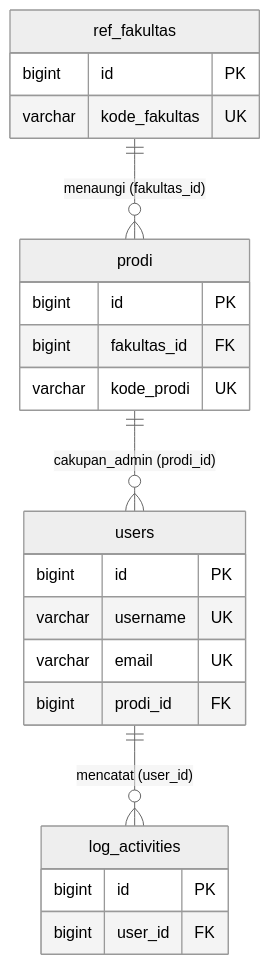
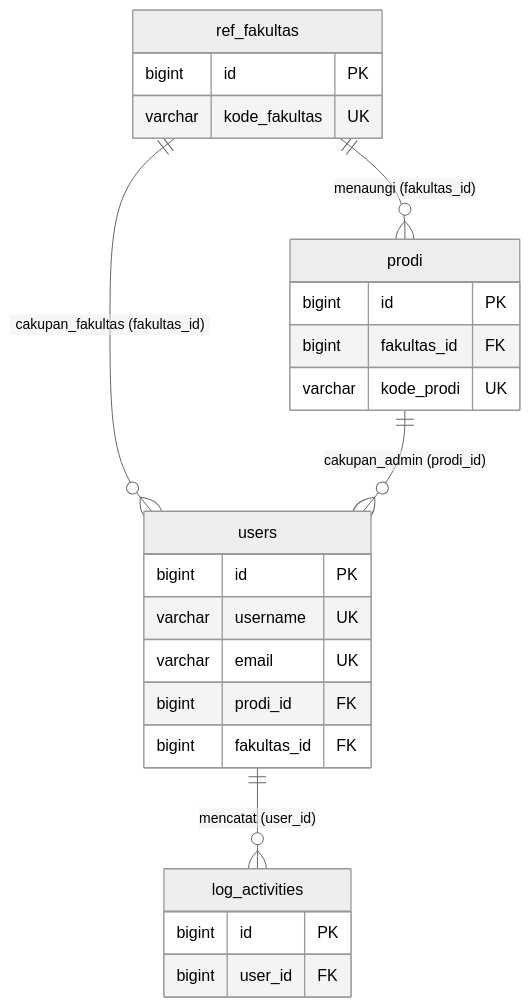
One commit to claraanjelitakd/tugas-akhir changed the second of 8 diagrams in ERD.md. Above: the diagram before and after it, drawn with Mermaid (neutral theme). The commit also changed other lines of this file and 62 other files, not shown here.

````diff
--- a/ERD.md
+++ b/ERD.md
@@ -85,29 +88,31 @@
 ```mermaid
 erDiagram
     ref_fakultas ||--o{ prodi : "menaungi (fakultas_id)"
+    ref_fakultas ||--o{ users : "cakupan_fakultas (fakultas_id)"
     prodi ||--o{ users : "cakupan_admin (prodi_id)"
     users ||--o{ log_activities : "mencatat (user_id)"
 
     ref_fakultas {
         bigint id PK
         varchar kode_fakultas UK
     }
 
     prodi {
         bigint id PK
         bigint fakultas_id FK
         varchar kode_prodi UK
     }
 
     users {
         bigint id PK
         varchar username UK
         varchar email UK
         bigint prodi_id FK
+        bigint fakultas_id FK
     }
 
     log_activities {
         bigint id PK
         bigint user_id FK
     }
 ```
````
